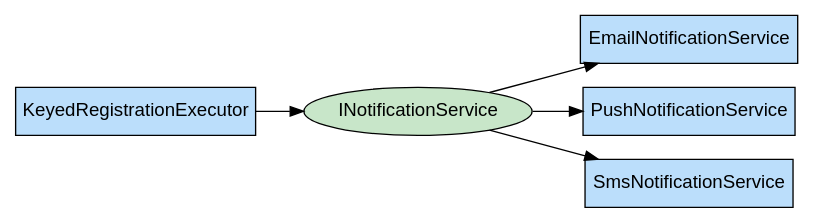
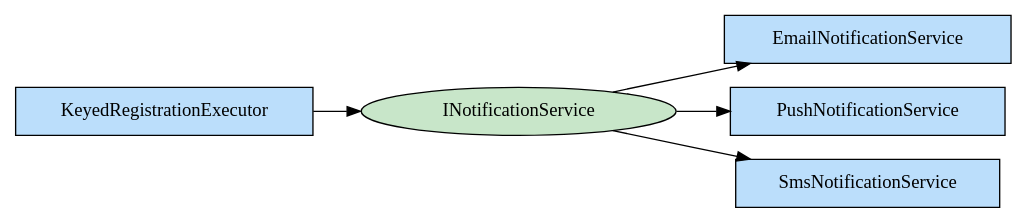
One commit to arika0093/Qudi changed the diagram in examples/Qudi.Example.Readme/exported/KeyedRegistrationExecutor.dot. Above: the diagram before and after it, drawn with Graphviz. The commit also changed 14 other files, not shown here.

```diff
--- a/examples/Qudi.Example.Readme/exported/KeyedRegistrationExecutor.dot
+++ b/examples/Qudi.Example.Readme/exported/KeyedRegistrationExecutor.dot
@@ -1,13 +1,13 @@
 digraph Qudi {
   rankdir=LR;
-  node [shape=box, fontname="Arial"];
+node [shape=box, fontname="Consolas"];
   "Qudi.Examples.KeyedRegistration.EmailNotificationService" [label="EmailNotificationService", shape=box, style=filled, fillcolor="#bbdefb"];
   "Qudi.Examples.KeyedRegistration.INotificationService" [label="INotificationService", shape=ellipse, style=filled, fillcolor="#c8e6c9"];
   "Qudi.Examples.KeyedRegistration.KeyedRegistrationExecutor" [label="KeyedRegistrationExecutor", shape=box, style=filled, fillcolor="#bbdefb"];
   "Qudi.Examples.KeyedRegistration.PushNotificationService" [label="PushNotificationService", shape=box, style=filled, fillcolor="#bbdefb"];
   "Qudi.Examples.KeyedRegistration.SmsNotificationService" [label="SmsNotificationService", shape=box, style=filled, fillcolor="#bbdefb"];
   "Qudi.Examples.KeyedRegistration.INotificationService" -> "Qudi.Examples.KeyedRegistration.EmailNotificationService";
   "Qudi.Examples.KeyedRegistration.INotificationService" -> "Qudi.Examples.KeyedRegistration.SmsNotificationService";
   "Qudi.Examples.KeyedRegistration.INotificationService" -> "Qudi.Examples.KeyedRegistration.PushNotificationService";
   "Qudi.Examples.KeyedRegistration.KeyedRegistrationExecutor" -> "Qudi.Examples.KeyedRegistration.INotificationService";
 }
```
